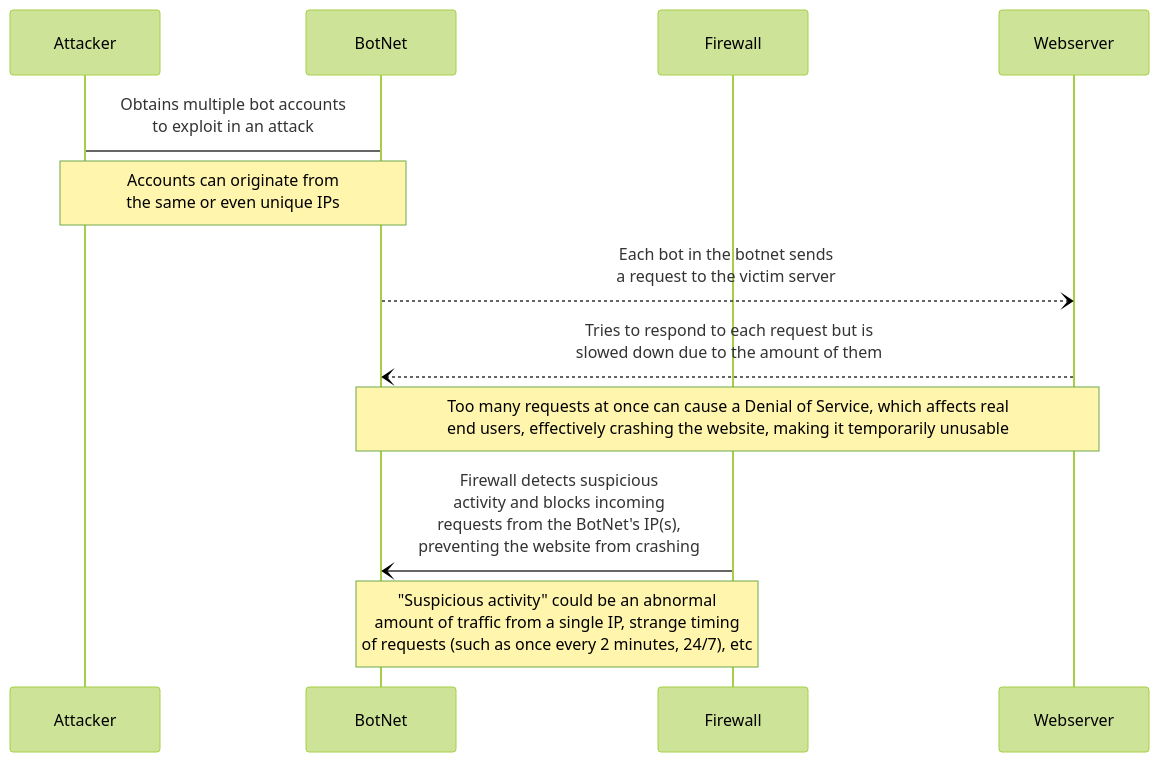
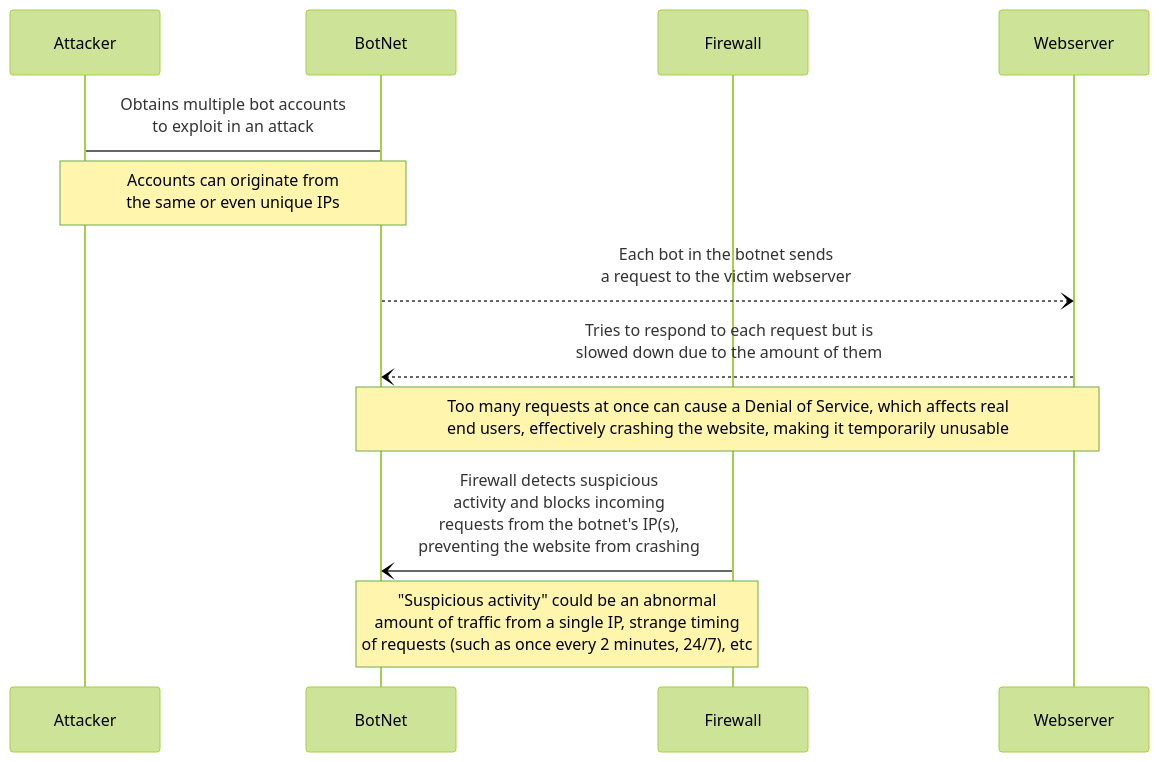
The diagram in DDoS_Attack_Sequence.md (jrogerWTCC25/jrogerWTCC25.github.io), drawn with Mermaid (forest theme) before and after one commit. The commit also changed other lines of this file, not shown here.

First line of the commit message:
Update DDoS_Attack_Sequence.md

````diff
--- a/DDoS_Attack_Sequence.md
+++ b/DDoS_Attack_Sequence.md
@@ -1,18 +1,18 @@
 ```mermaid
 sequenceDiagram
      participant Attacker
      participant BotNet
      participant Firewall
      participant Webserver
 
 Attacker ->BotNet: Obtains multiple bot accounts<br/>to exploit in an attack
 Note over Attacker,BotNet: Accounts can originate from<br/>the same or even unique IPs
 
-BotNet --)Webserver: Each bot in the botnet sends<br/>a request to the victim server
+BotNet --)Webserver: Each bot in the botnet sends<br/>a request to the victim webserver
 Webserver --)BotNet: Tries to respond to each request but is<br/>slowed down due to the amount of them
 Note over BotNet,Webserver: Too many requests at once can cause a Denial of Service, which affects real<br/>end users, effectively crashing the website, making it temporarily unusable
 
-Firewall -)BotNet: Firewall detects suspicious<br/>activity and blocks incoming<br/>requests from the BotNet's IP(s),<br/>preventing the website from crashing
+Firewall -)BotNet: Firewall detects suspicious<br/>activity and blocks incoming<br/>requests from the botnet's IP(s),<br/>preventing the website from crashing
 Note over BotNet,Firewall: "Suspicious activity" could be an abnormal<br/>amount of traffic from a single IP, strange timing<br/>of requests (such as once every 2 minutes, 24/7), etc
 
 ```
````
